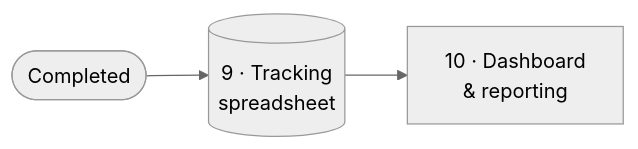
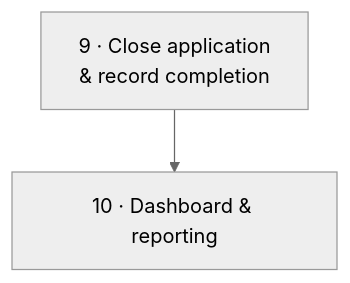
Before and after one commit to CamilaNacli/mortgage-financing-operations: the third of 4 diagrams in docs/workflow.md, drawn with Mermaid (neutral theme). The commit also changed other lines of this file and 2 other files, not shown here.

Commit message:
Fix phase A flow; document aggregation, import and fictional-data rules

````diff
--- a/docs/workflow.md
+++ b/docs/workflow.md
@@ -39,4 +31,4 @@
 ```mermaid
-flowchart LR
-    DONE(["Completed"]) --> S9[("9 · Tracking<br/>spreadsheet")] --> S10["10 · Dashboard<br/>& reporting"]
+flowchart TB
+    S9["9 · Close application<br/>& record completion"] --> S10["10 · Dashboard & reporting"]
 ```
````
